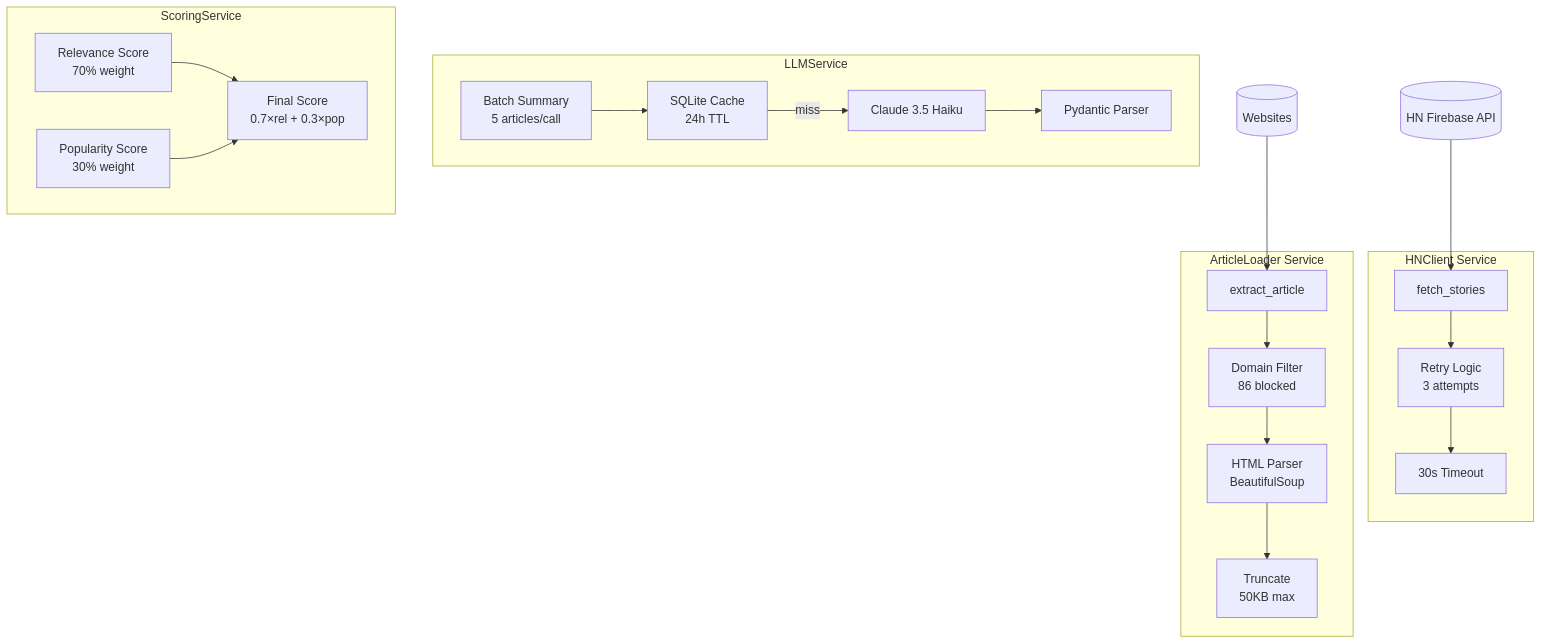
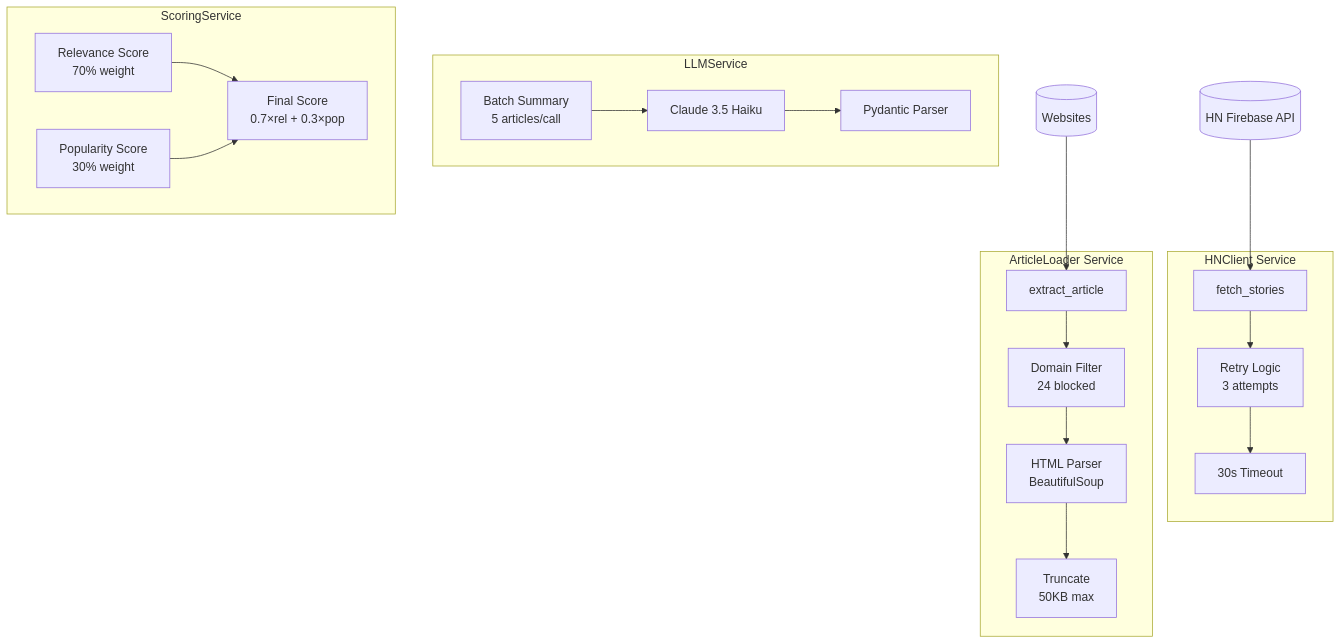
One commit to darth-dodo/hn-herald changed the sixth of 26 diagrams in docs/codebase-summary.md. Above: the diagram before and after it, drawn with Mermaid. The commit also changed other lines of this file and 17 other files, not shown here.

````diff
--- a/docs/codebase-summary.md
+++ b/docs/codebase-summary.md
@@ -427,41 +427,39 @@
 ```mermaid
 flowchart TB
     subgraph HNClient["HNClient Service"]
         HC_FETCH[fetch_stories]
         HC_RETRY[Retry Logic<br/>3 attempts]
         HC_TIMEOUT[30s Timeout]
     end
 
     subgraph ArticleLoader["ArticleLoader Service"]
         AL_EXTRACT[extract_article]
-        AL_FILTER[Domain Filter<br/>86 blocked]
+        AL_FILTER[Domain Filter<br/>24 blocked]
         AL_PARSE[HTML Parser<br/>BeautifulSoup]
         AL_TRUNCATE[Truncate<br/>50KB max]
     end
 
     subgraph LLMService["LLMService"]
         LLM_BATCH[Batch Summary<br/>5 articles/call]
         LLM_CLAUDE[Claude 3.5 Haiku]
-        LLM_CACHE[SQLite Cache<br/>24h TTL]
         LLM_PARSE[Pydantic Parser]
     end
 
     subgraph ScoringService["ScoringService"]
         SC_REL[Relevance Score<br/>70% weight]
         SC_POP[Popularity Score<br/>30% weight]
         SC_FINAL[Final Score<br/>0.7×rel + 0.3×pop]
     end
 
     HNAPI[(HN Firebase API)] --> HC_FETCH
     HC_FETCH --> HC_RETRY --> HC_TIMEOUT
 
     Websites[(Websites)] --> AL_EXTRACT
     AL_EXTRACT --> AL_FILTER --> AL_PARSE --> AL_TRUNCATE
 
-    LLM_BATCH --> LLM_CACHE
-    LLM_CACHE -->|miss| LLM_CLAUDE
+    LLM_BATCH --> LLM_CLAUDE
     LLM_CLAUDE --> LLM_PARSE
 
     SC_REL --> SC_FINAL
     SC_POP --> SC_FINAL
 ```
````
